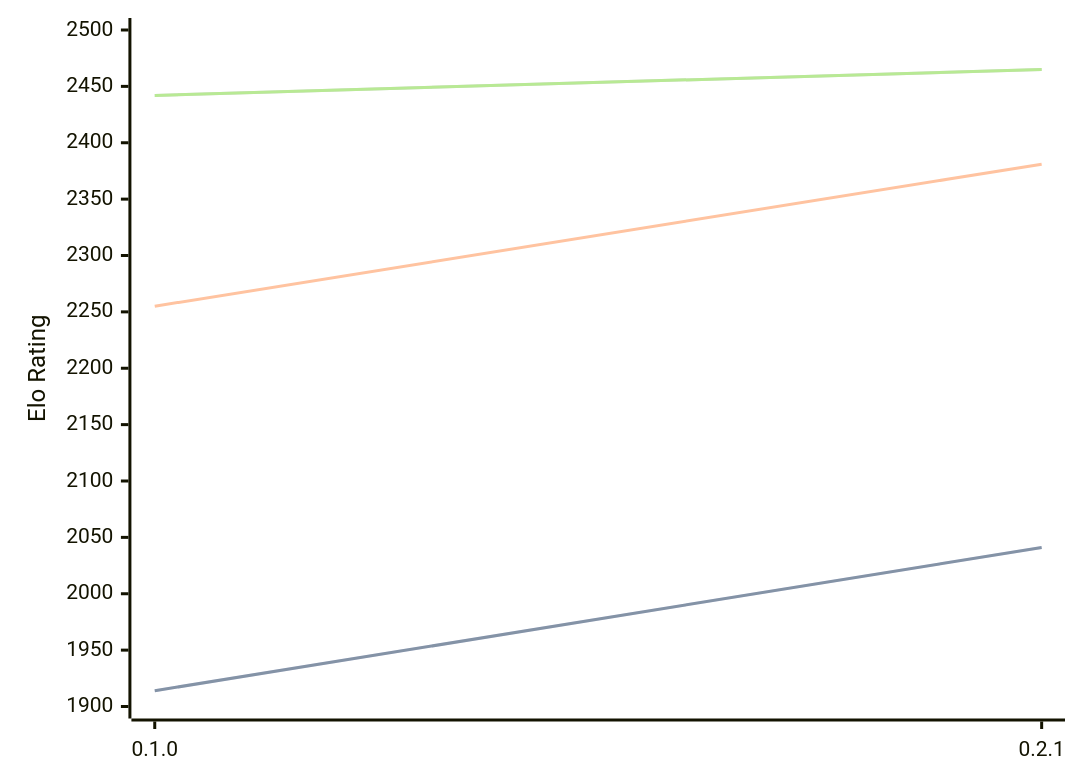
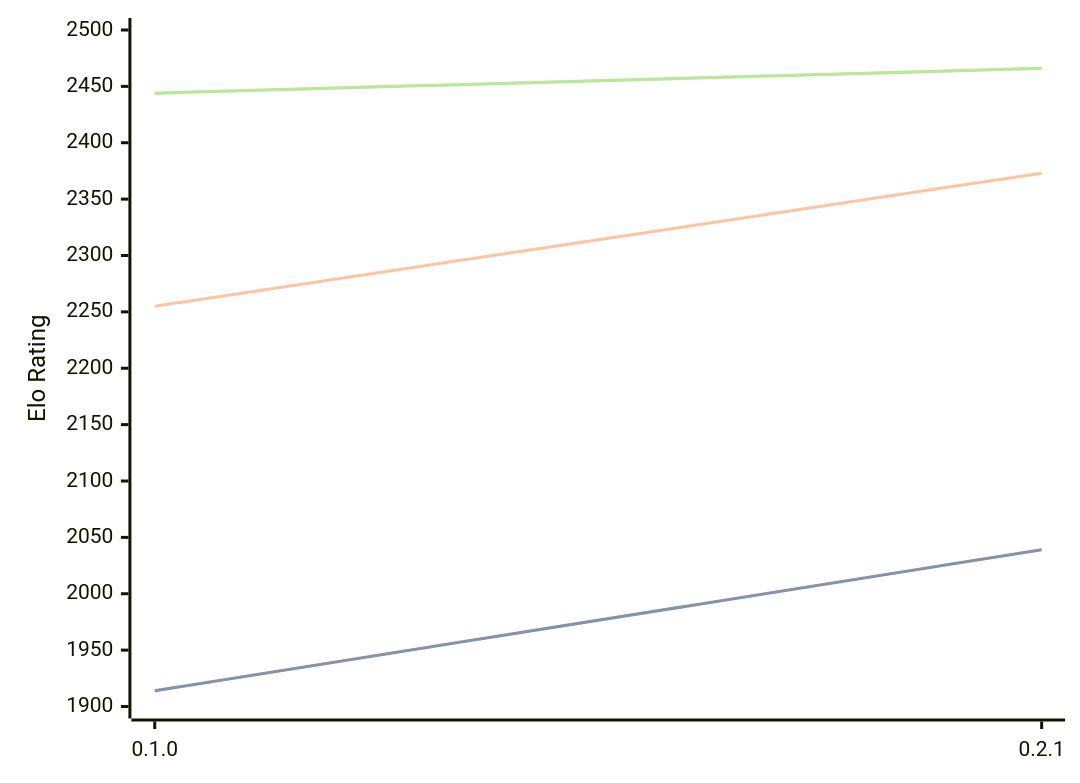
Before and after one commit to computer-chess-index/cci: the diagram in engines/Sykora.md, drawn with Mermaid. The commit also changed other lines of this file, not shown here.

Commit message:
Update CCI Ratings (ELO VLTC) - 2026-04-12

````diff
--- a/engines/Sykora.md
+++ b/engines/Sykora.md
@@ -33,11 +33,11 @@
 ```mermaid
 %%{init: {"theme":"base","themeVariables":{"seriesColors:['#a3a3a3','#222221','#faa371']}}}%%
 xychart-beta
   x-axis ["0.1.0", "0.2.1"]
   y-axis "Elo Rating" 1900 --> 2500
-  line "STC (8.0+0.08s)" [1914, 2041]
-  line "STC (8.0+0.08s)" [1914, 2041]
-  line "LTC (60.0+0.60s)" [2255, 2381]
-  line "VLTC (2m24s+1.12s)" [2442, 2465]
-  line "VLTC (2m24s+1.12s)" [2442, 2465]
+  line "STC (8.0+0.08s)" [1914, 2039]
+  line "STC (8.0+0.08s)" [1914, 2039]
+  line "LTC (60.0+0.60s)" [2255, 2373]
+  line "VLTC (2m24s+1.12s)" [2444, 2466]
+  line "VLTC (2m24s+1.12s)" [2444, 2466]
 ```
````
